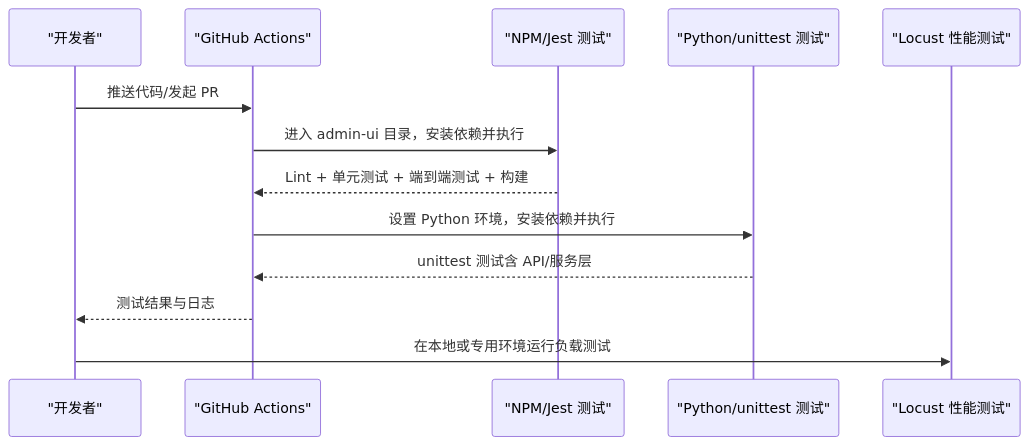
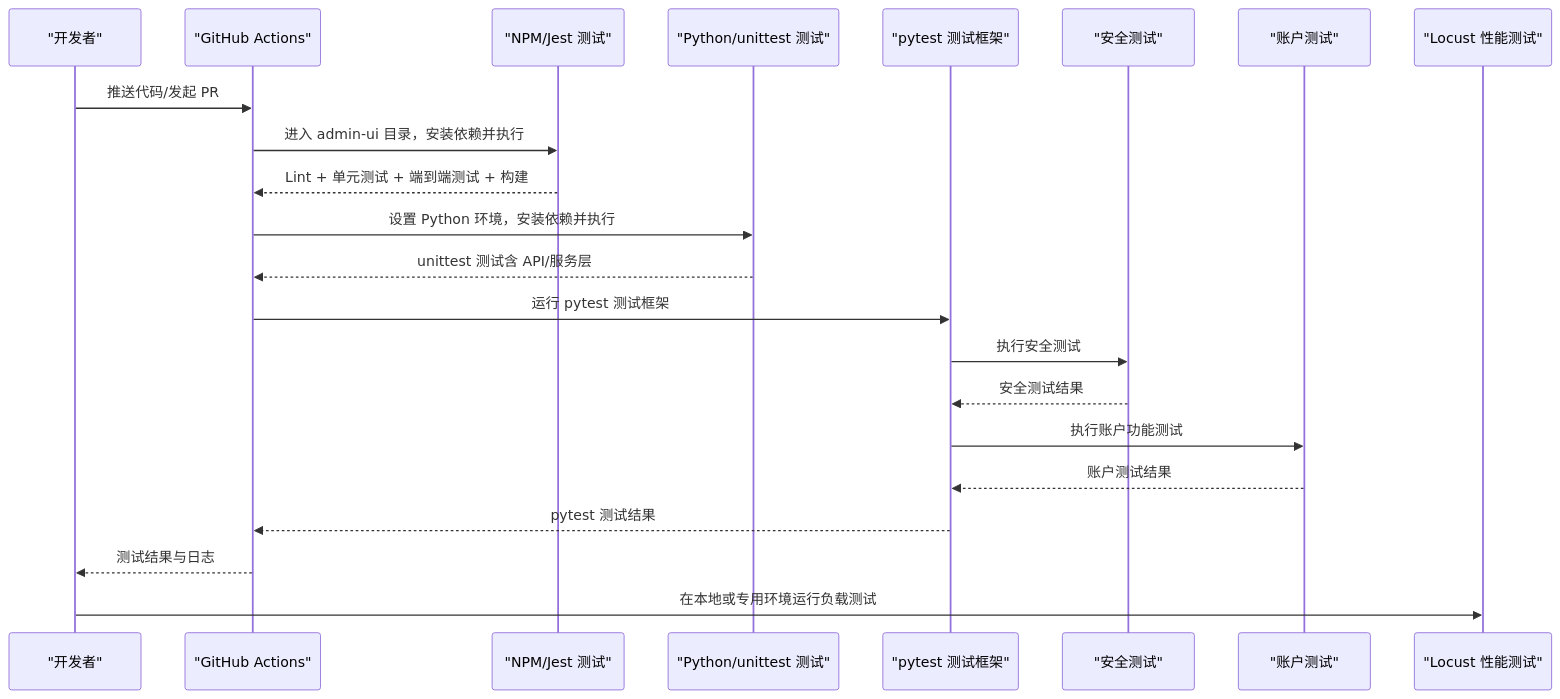
One commit to guyuefangyuanl/Over-the-counter-options changed the second of 4 diagrams in .qoder/repowiki/zh/content/开发指南/测试策略/测试策略.md. Above: the diagram before and after it, drawn with Mermaid. The commit also changed other lines of this file and 29 other files, not shown here.

````diff
--- a/.qoder/repowiki/zh/content/开发指南/测试策略/测试策略.md
+++ b/.qoder/repowiki/zh/content/开发指南/测试策略/测试策略.md
@@ -177,15 +184,24 @@
 ```mermaid
 sequenceDiagram
 participant Dev as "开发者"
 participant GHA as "GitHub Actions"
 participant NPM as "NPM/Jest 测试"
 participant PY as "Python/unittest 测试"
+participant PYTEST as "pytest 测试框架"
+participant SEC as "安全测试"
+participant ACC as "账户测试"
 participant LOC as "Locust 性能测试"
 Dev->>GHA : 推送代码/发起 PR
 GHA->>NPM : 进入 admin-ui 目录，安装依赖并执行
 NPM-->>GHA : Lint + 单元测试 + 端到端测试 + 构建
 GHA->>PY : 设置 Python 环境，安装依赖并执行
 PY-->>GHA : unittest 测试含 API/服务层
+GHA->>PYTEST : 运行 pytest 测试框架
+PYTEST->>SEC : 执行安全测试
+SEC-->>PYTEST : 安全测试结果
+PYTEST->>ACC : 执行账户功能测试
+ACC-->>PYTEST : 账户测试结果
+PYTEST-->>GHA : pytest 测试结果
 GHA-->>Dev : 测试结果与日志
 Dev->>LOC : 在本地或专用环境运行负载测试
 ```
````
